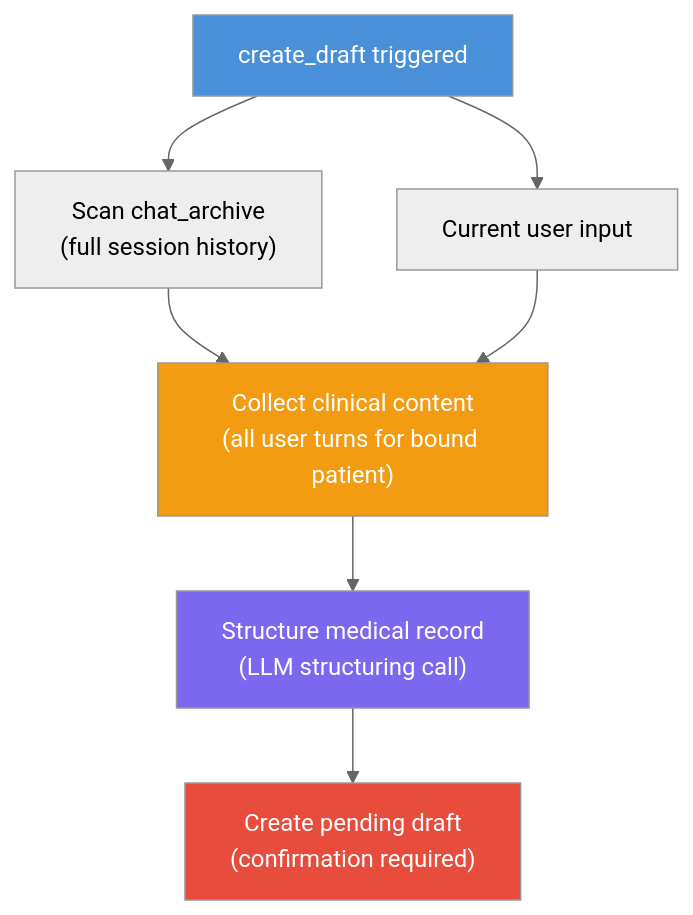
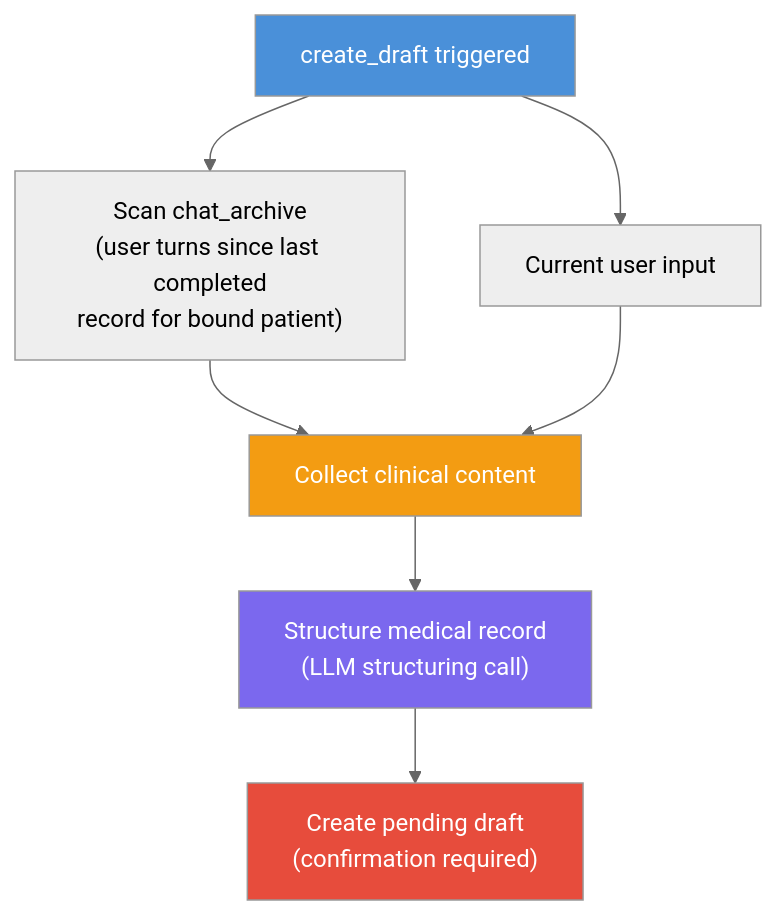
The seventh of 7 diagrams in docs/adr/0012-architecture-diagram.md (moments8890/doctor-ai-agent), drawn with Mermaid (neutral theme) before and after one commit. The commit also changed 1 other file, not shown here.

Commit message:
docs: fix create_draft LLM count, split deterministic rows, define archive scope, add noon template
- §2: create_draft is 2 LLM calls (understand + structuring), not 1.
  Split "deterministic action" back into typed UI action vs pending
  confirm/cancel regex — different entry points.
- §8: define chat_archive scan scope for create_draft (user turns since
  last completed record for bound patient).
- §9: add noon-default template example for schedule_task.
- §7: split flow diagram to show typed UI actions separate from pending
  guard confirm/cancel.

````diff
--- a/docs/adr/0012-architecture-diagram.md
+++ b/docs/adr/0012-architecture-diagram.md
@@ -208,15 +208,15 @@
 ```mermaid
 flowchart TD
     draft["create_draft triggered"]
-    draft --> archive["Scan chat_archive<br/>(full session history)"]
+    draft --> archive["Scan chat_archive<br/>(user turns since last completed<br/>record for bound patient)"]
     draft --> current["Current user input"]
-    archive --> collect["Collect clinical content<br/>(all user turns for bound patient)"]
+    archive --> collect["Collect clinical content"]
     current --> collect
     collect --> structure["Structure medical record<br/>(LLM structuring call)"]
     structure --> pending["Create pending draft<br/>(confirmation required)"]
 
     style draft fill:#4a90d9,color:#fff
     style collect fill:#f39c12,color:#fff
     style structure fill:#7b68ee,color:#fff
     style pending fill:#e74c3c,color:#fff
 ```
````
